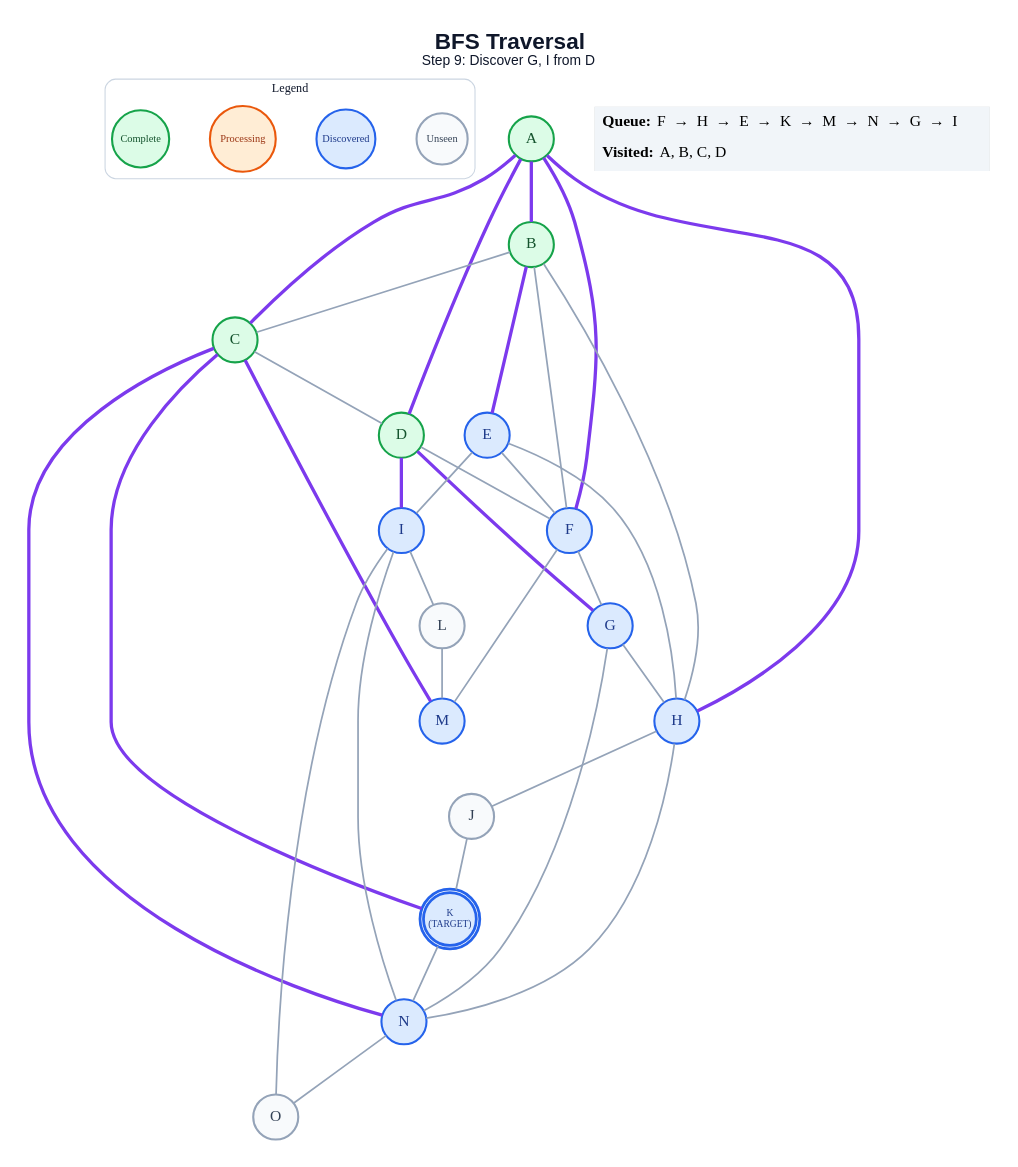
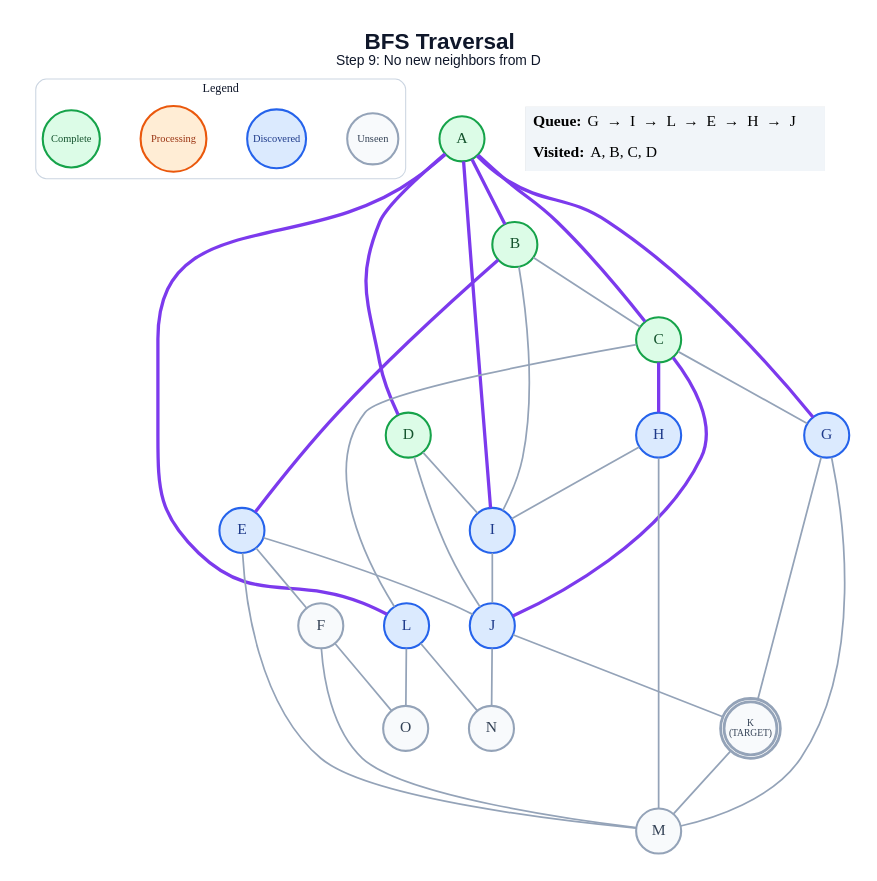
The diagram in generated/specific-node/bfs/step_09.dot (anon7238593-create/ai-slop), drawn with Graphviz before and after one commit. The commit also changed 236 other files, not shown here.

```diff
--- a/generated/specific-node/bfs/step_09.dot
+++ b/generated/specific-node/bfs/step_09.dot
@@ -1,66 +1,64 @@
 graph traversal {
   graph [layout=dot, rankdir=TB, bgcolor="#FFFFFF", pad="0.35", nodesep="0.65", ranksep="0.8", fontname="Arial"];
   node [shape=circle, style="filled", fontname="Arial Bold", fontsize=18, width=0.72, fixedsize=true, penwidth=2.4];
   edge [color="#94A3B8", penwidth=2.0];
-  label=<<B>BFS Traversal</B><BR/><FONT POINT-SIZE="16">Step 9: Discover G, I from D</FONT>>; labelloc="t"; fontsize=26; fontname="Arial"; fontcolor="#0F172A";
+  label=<<B>BFS Traversal</B><BR/><FONT POINT-SIZE="16">Step 9: No new neighbors from D</FONT>>; labelloc="t"; fontsize=26; fontname="Arial"; fontcolor="#0F172A";
   subgraph cluster_legend { label="Legend"; color="#CBD5E1"; penwidth=1.2; style="rounded"; fontsize=14; fontname="Arial Bold";
     key_unseen [label="Unseen", fillcolor="#F8FAFC", color="#94A3B8", fontcolor="#334155", fontsize=12, width=0.82];
     key_frontier [label="Discovered", fillcolor="#DBEAFE", color="#2563EB", fontcolor="#1E3A8A", fontsize=12, width=0.95];
     key_current [label="Processing", fillcolor="#FFEDD5", color="#EA580C", fontcolor="#9A3412", fontsize=12, width=1.05];
     key_done [label="Complete", fillcolor="#DCFCE7", color="#16A34A", fontcolor="#14532D", fontsize=12, width=0.92];
     { rank=same; key_unseen; key_frontier; key_current; key_done; }
   }
   A [label="A", fillcolor="#DCFCE7", color="#16A34A", fontcolor="#14532D", peripheries=1, penwidth=2.4];
   B [label="B", fillcolor="#DCFCE7", color="#16A34A", fontcolor="#14532D", peripheries=1, penwidth=2.4];
   C [label="C", fillcolor="#DCFCE7", color="#16A34A", fontcolor="#14532D", peripheries=1, penwidth=2.4];
   D [label="D", fillcolor="#DCFCE7", color="#16A34A", fontcolor="#14532D", peripheries=1, penwidth=2.4];
   E [label="E", fillcolor="#DBEAFE", color="#2563EB", fontcolor="#1E3A8A", peripheries=1, penwidth=2.4];
-  F [label="F", fillcolor="#DBEAFE", color="#2563EB", fontcolor="#1E3A8A", peripheries=1, penwidth=2.4];
+  F [label="F", fillcolor="#F8FAFC", color="#94A3B8", fontcolor="#334155", peripheries=1, penwidth=2.4];
   G [label="G", fillcolor="#DBEAFE", color="#2563EB", fontcolor="#1E3A8A", peripheries=1, penwidth=2.4];
   H [label="H", fillcolor="#DBEAFE", color="#2563EB", fontcolor="#1E3A8A", peripheries=1, penwidth=2.4];
   I [label="I", fillcolor="#DBEAFE", color="#2563EB", fontcolor="#1E3A8A", peripheries=1, penwidth=2.4];
-  J [label="J", fillcolor="#F8FAFC", color="#94A3B8", fontcolor="#334155", peripheries=1, penwidth=2.4];
-  K [label="K\n(TARGET)", fillcolor="#DBEAFE", color="#2563EB", fontcolor="#1E3A8A", peripheries=2, penwidth=3.2, fontsize=11, width=0.85, height=0.85];
-  L [label="L", fillcolor="#F8FAFC", color="#94A3B8", fontcolor="#334155", peripheries=1, penwidth=2.4];
-  M [label="M", fillcolor="#DBEAFE", color="#2563EB", fontcolor="#1E3A8A", peripheries=1, penwidth=2.4];
-  N [label="N", fillcolor="#DBEAFE", color="#2563EB", fontcolor="#1E3A8A", peripheries=1, penwidth=2.4];
+  J [label="J", fillcolor="#DBEAFE", color="#2563EB", fontcolor="#1E3A8A", peripheries=1, penwidth=2.4];
+  K [label="K\n(TARGET)", fillcolor="#F8FAFC", color="#94A3B8", fontcolor="#334155", peripheries=2, penwidth=3.2, fontsize=11, width=0.85, height=0.85];
+  L [label="L", fillcolor="#DBEAFE", color="#2563EB", fontcolor="#1E3A8A", peripheries=1, penwidth=2.4];
+  M [label="M", fillcolor="#F8FAFC", color="#94A3B8", fontcolor="#334155", peripheries=1, penwidth=2.4];
+  N [label="N", fillcolor="#F8FAFC", color="#94A3B8", fontcolor="#334155", peripheries=1, penwidth=2.4];
   O [label="O", fillcolor="#F8FAFC", color="#94A3B8", fontcolor="#334155", peripheries=1, penwidth=2.4];
   A -- B [color="#7C3AED", penwidth=3.8];
   A -- C [color="#7C3AED", penwidth=3.8];
   A -- D [color="#7C3AED", penwidth=3.8];
-  A -- F [color="#7C3AED", penwidth=3.8];
-  A -- H [color="#7C3AED", penwidth=3.8];
+  A -- G [color="#7C3AED", penwidth=3.8];
+  A -- I [color="#7C3AED", penwidth=3.8];
+  A -- L [color="#7C3AED", penwidth=3.8];
   B -- C;
   B -- E [color="#7C3AED", penwidth=3.8];
-  B -- F;
-  B -- H;
-  C -- D;
-  C -- K [color="#7C3AED", penwidth=3.8];
-  C -- M [color="#7C3AED", penwidth=3.8];
-  C -- N [color="#7C3AED", penwidth=3.8];
-  D -- F;
-  D -- G [color="#7C3AED", penwidth=3.8];
-  D -- I [color="#7C3AED", penwidth=3.8];
+  B -- I;
+  C -- G;
+  C -- H [color="#7C3AED", penwidth=3.8];
+  C -- J [color="#7C3AED", penwidth=3.8];
+  C -- L;
+  D -- I;
+  D -- J;
   E -- F;
-  E -- H;
-  E -- I;
-  F -- G;
+  E -- J;
+  E -- M;
   F -- M;
-  G -- H;
-  G -- N;
-  H -- J;
-  H -- N;
-  I -- L;
-  I -- N;
-  I -- O;
+  F -- O;
+  G -- K;
+  G -- M;
+  H -- I;
+  H -- M;
+  I -- J;
   J -- K;
-  K -- N;
-  L -- M;
-  N -- O;
+  J -- N;
+  K -- M;
+  L -- N;
+  L -- O;
   status [shape=plain, fixedsize=false, width=0, height=0, margin=0, label=<
     <TABLE BORDER="0" CELLBORDER="0" CELLPADDING="7" BGCOLOR="#F1F5F9">
-      <TR><TD ALIGN="LEFT"><B>Queue:</B> F  →  H  →  E  →  K  →  M  →  N  →  G  →  I</TD></TR>
+      <TR><TD ALIGN="LEFT"><B>Queue:</B> G  →  I  →  L  →  E  →  H  →  J</TD></TR>
       <TR><TD ALIGN="LEFT"><B>Visited:</B> A, B, C, D</TD></TR>
     </TABLE>
   >];
 }
```
